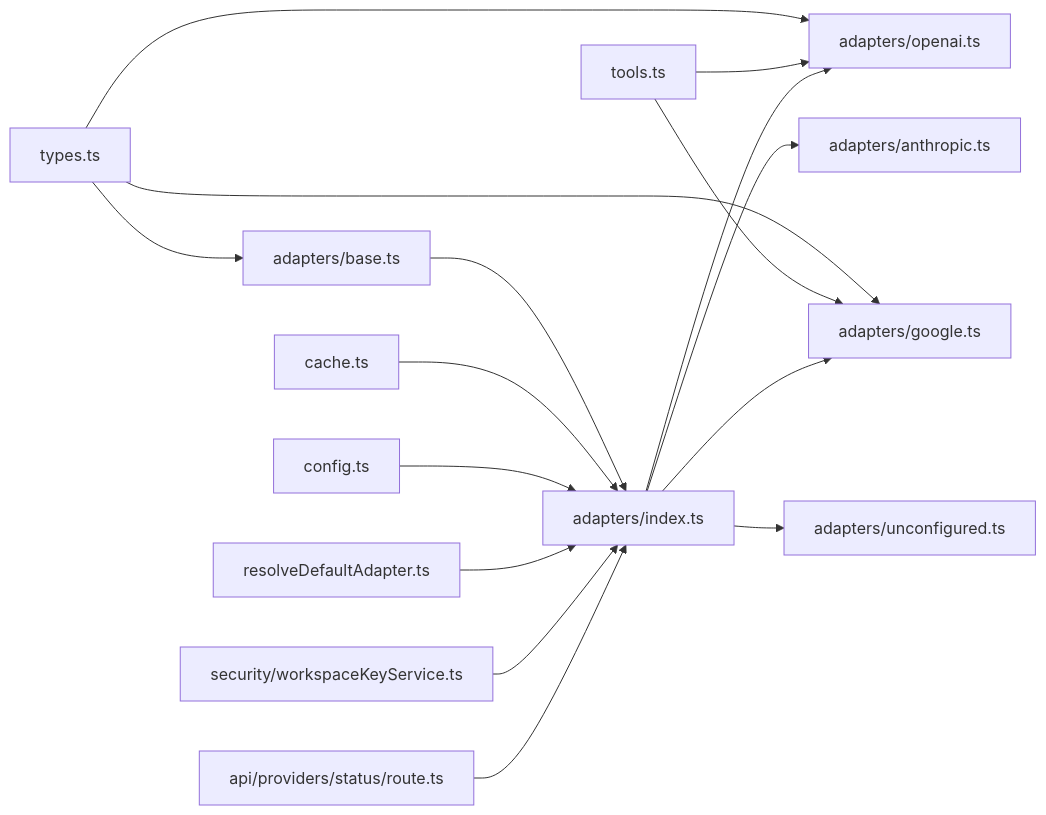
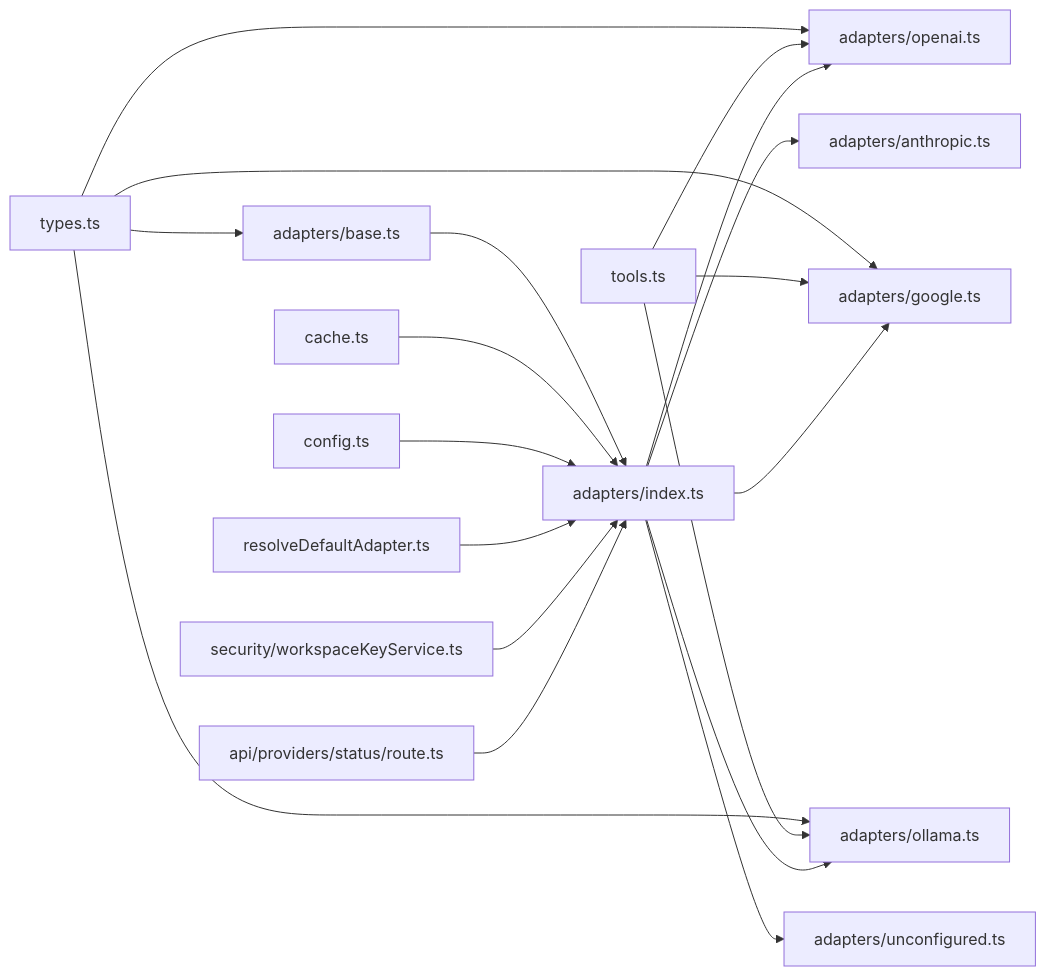
Diagram 11 of 11 in .qoder/repowiki/en/content/Architecture & Design/Layered Architecture/Business Logic Layer/AI Provider Adapter System.md (shekhargiri005-dotcom/AI-powered-accessibility-first-UI-engine), drawn with Mermaid before and after one commit. The commit also changed other lines of this file and 10 other files, not shown here.

````diff
--- a/.qoder/repowiki/en/content/Architecture & Design/Layered Architecture/Business Logic Layer/AI Provider Adapter System.md
+++ b/.qoder/repowiki/en/content/Architecture & Design/Layered Architecture/Business Logic Layer/AI Provider Adapter System.md
@@ -460,18 +504,21 @@
 ```mermaid
 graph LR
 TYPES["types.ts"] --> BASE["adapters/base.ts"]
 TYPES --> OA["adapters/openai.ts"]
 TYPES --> GA["adapters/google.ts"]
+TYPES --> OLA["adapters/ollama.ts"]
 TOOLS["tools.ts"] --> OA
 TOOLS --> GA
+TOOLS --> OLA
 BASE --> IDX["adapters/index.ts"]
 CACHE["cache.ts"] --> IDX
 IDX --> OA
 IDX --> AA["adapters/anthropic.ts"]
 IDX --> GA
+IDX --> OLA
 IDX --> UCA["adapters/unconfigured.ts"]
 CFG["config.ts"] --> IDX
 RDA["resolveDefaultAdapter.ts"] --> IDX
 WK["security/workspaceKeyService.ts"] --> IDX
 PS["api/providers/status/route.ts"] --> IDX
 ```
````
